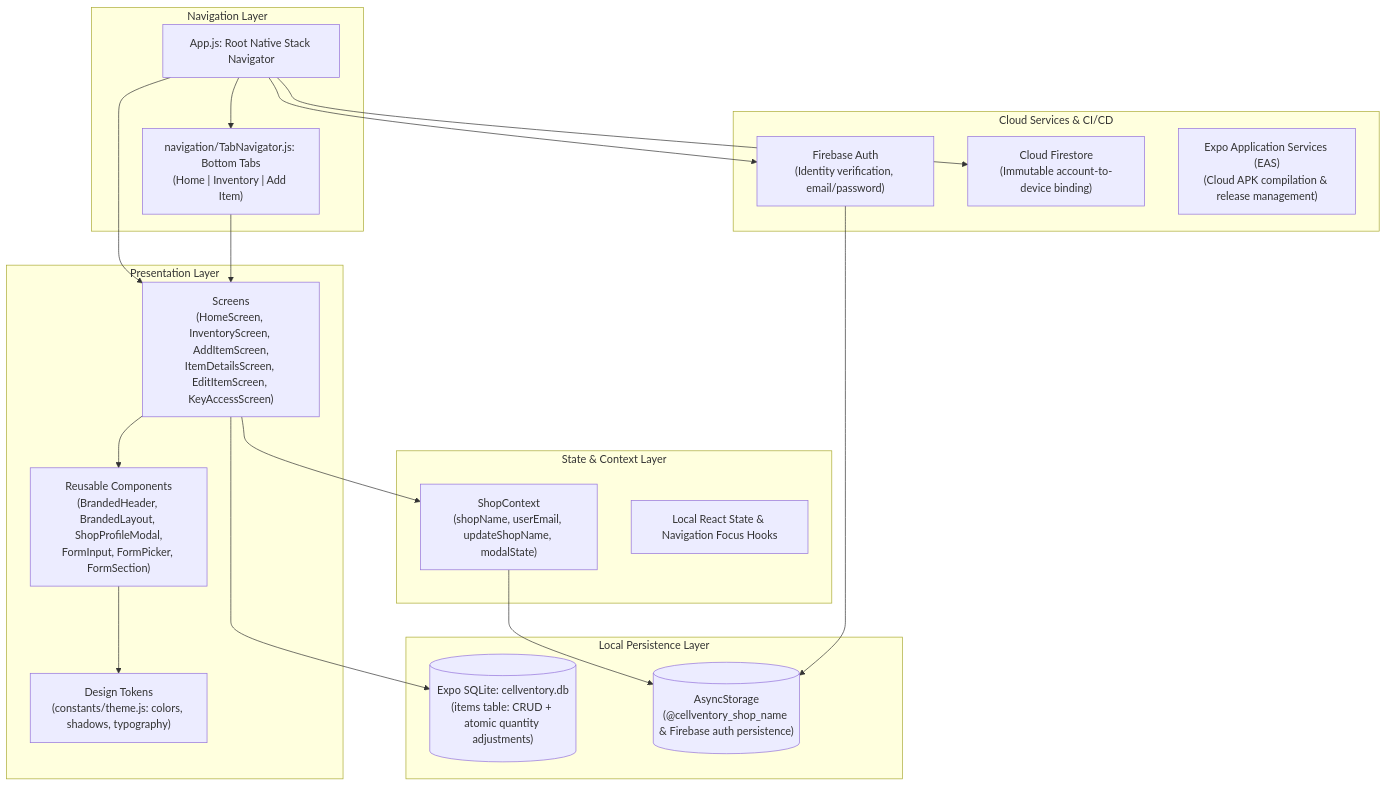
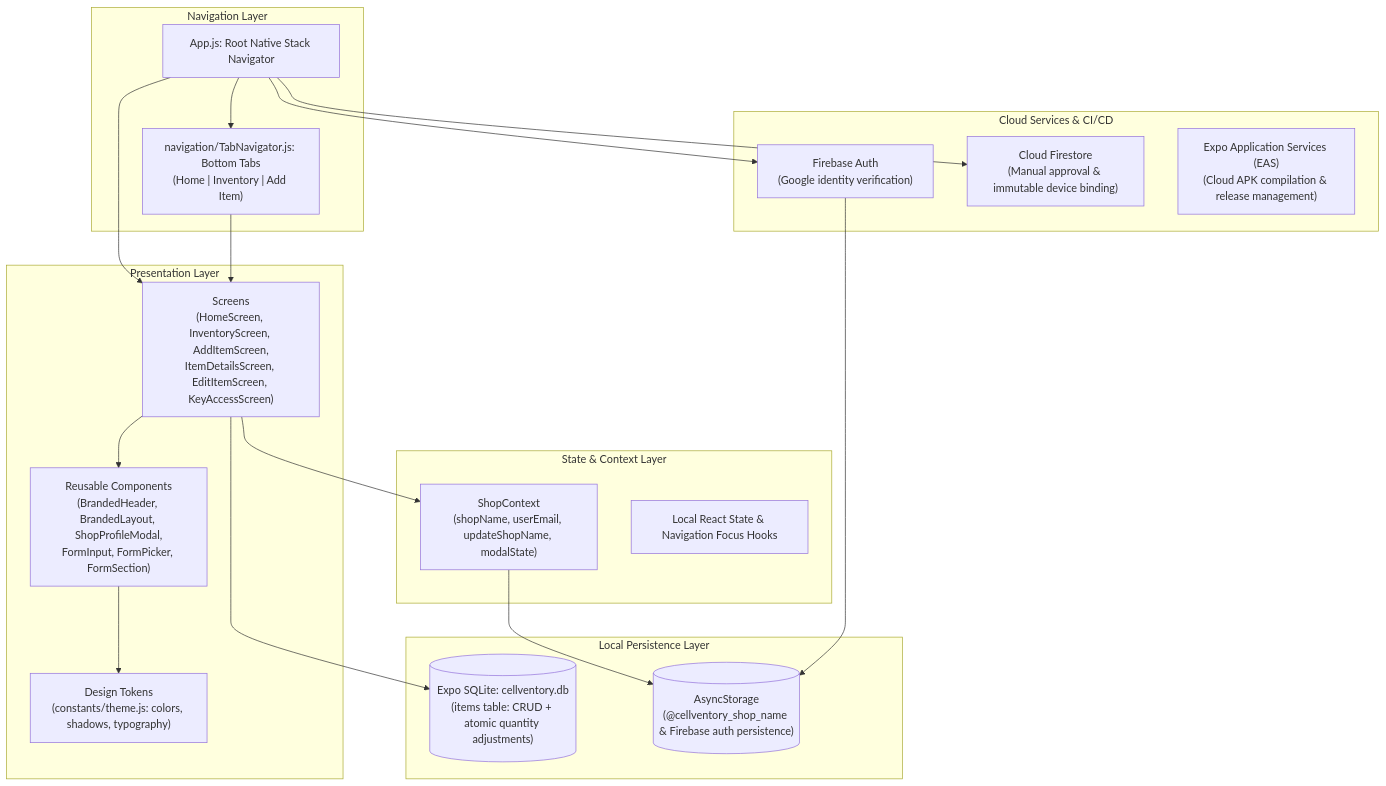
Before and after one commit to teqperts/cellventory: the first of 6 diagrams in docs/ARCHITECTURE.md, drawn with Mermaid. The commit also changed other lines of this file and 18 other files, not shown here.

First line of the commit message:
feat(auth): add Google access request onboarding

````diff
--- a/docs/ARCHITECTURE.md
+++ b/docs/ARCHITECTURE.md
@@ -26,42 +26,42 @@
 ```mermaid
 graph TD
     subgraph Presentation_Layer["Presentation Layer"]
         UI_Screens["Screens\n(HomeScreen, InventoryScreen, AddItemScreen,\nItemDetailsScreen, EditItemScreen, KeyAccessScreen)"]
         UI_Components["Reusable Components\n(BrandedHeader, BrandedLayout, ShopProfileModal,\nFormInput, FormPicker, FormSection)"]
         UI_Theme["Design Tokens\n(constants/theme.js: colors, shadows, typography)"]
     end
 
     subgraph Navigation_Layer["Navigation Layer"]
         Root_Nav["App.js: Root Native Stack Navigator"]
         Tab_Nav["navigation/TabNavigator.js: Bottom Tabs\n(Home | Inventory | Add Item)"]
     end
 
     subgraph State_Layer["State & Context Layer"]
         Shop_Context["ShopContext\n(shopName, userEmail, updateShopName, modalState)"]
         Screen_Hooks["Local React State & Navigation Focus Hooks"]
     end
 
     subgraph Persistence_Layer["Local Persistence Layer"]
         SQLite_DB[("Expo SQLite: cellventory.db\n(items table: CRUD + atomic quantity adjustments)")]
         Async_Store[("AsyncStorage\n(@cellventory_shop_name & Firebase auth persistence)")]
     end
 
     subgraph Cloud_Layer["Cloud Services & CI/CD"]
-        Firebase_Auth["Firebase Auth\n(Identity verification, email/password)"]
-        Firestore_Binding["Cloud Firestore\n(Immutable account-to-device binding)"]
+        Firebase_Auth["Firebase Auth\n(Google identity verification)"]
+        Firestore_Binding["Cloud Firestore\n(Manual approval & immutable device binding)"]
         EAS_Build["Expo Application Services (EAS)\n(Cloud APK compilation & release management)"]
     end
 
     %% Relationships
     UI_Screens --> UI_Components
     UI_Components --> UI_Theme
     Root_Nav --> UI_Screens
     Root_Nav --> Tab_Nav
     Tab_Nav --> UI_Screens
     UI_Screens --> Shop_Context
     UI_Screens --> SQLite_DB
     Shop_Context --> Async_Store
     Root_Nav --> Firebase_Auth
     Root_Nav --> Firestore_Binding
     Firebase_Auth --> Async_Store
 ```
````
